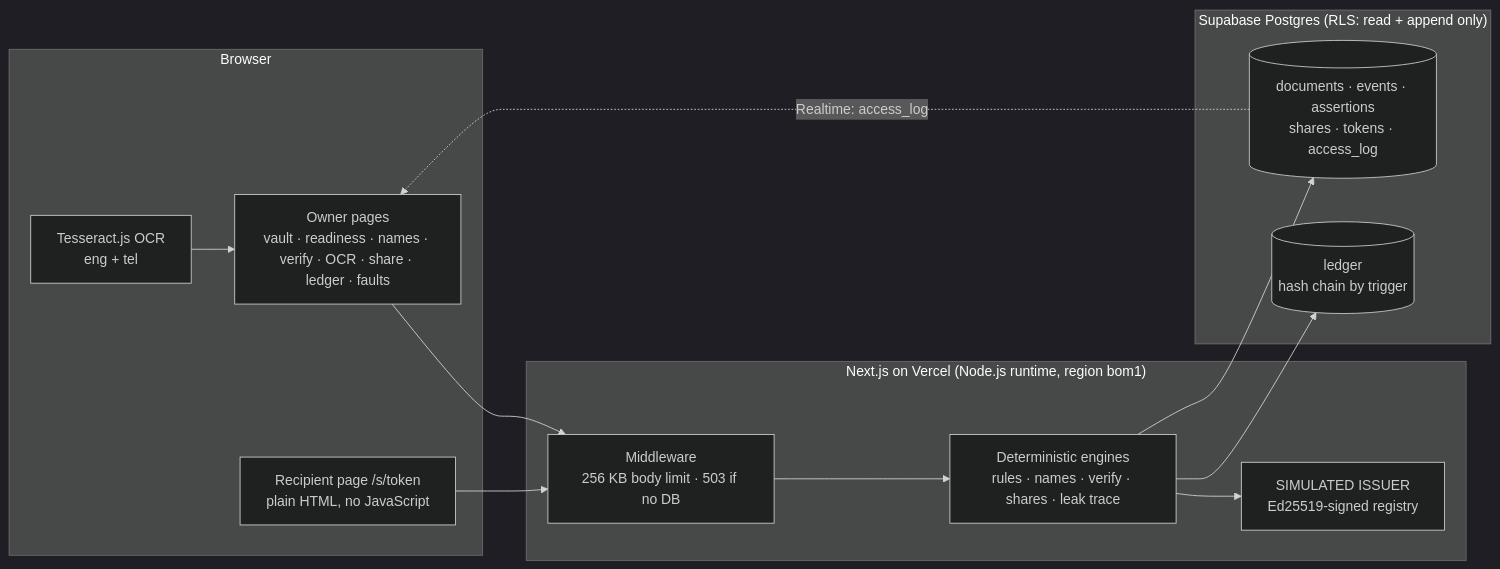
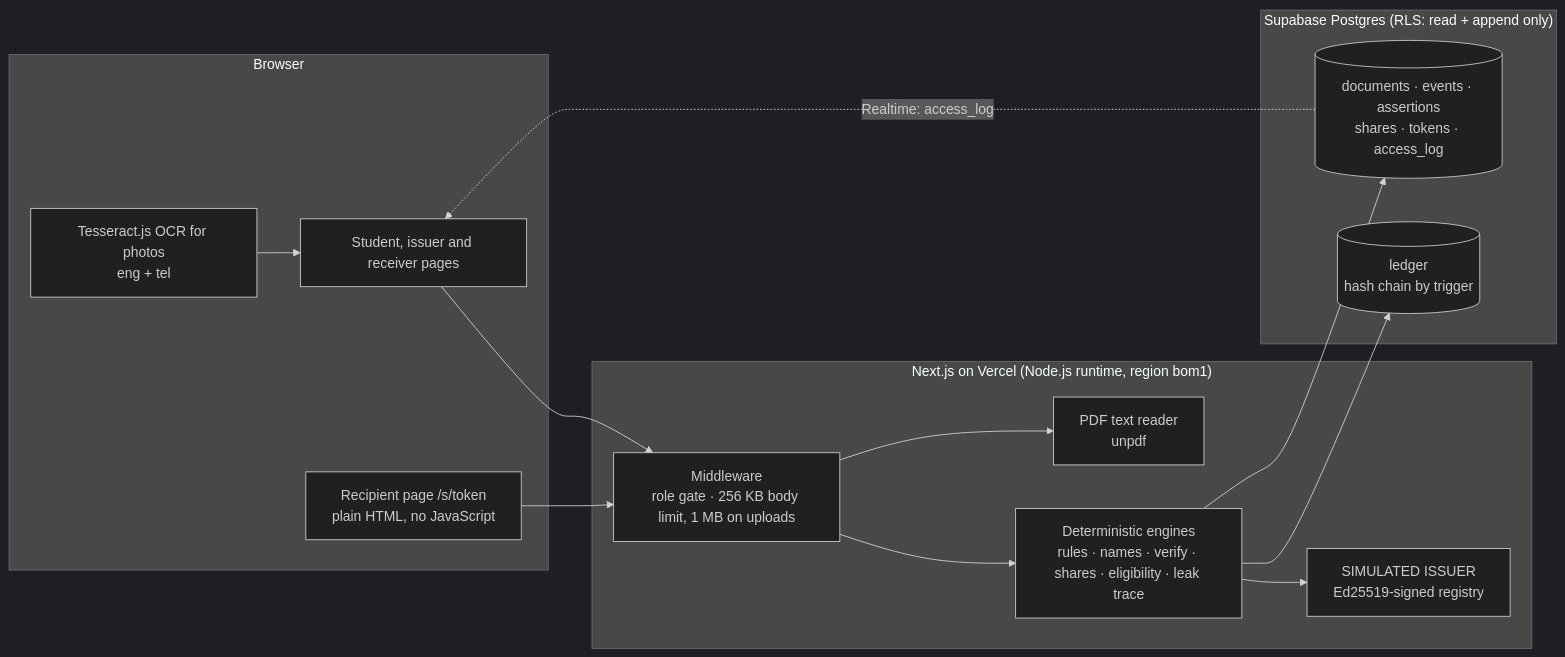
The third of 3 diagrams in README.md (Mukesh-240/univault), drawn with Mermaid (dark theme) before and after one commit. The commit also changed other lines of this file, not shown here.

Commit message:
docs: README brought up to date (demo cast, empty start, real uploads, phase 11 screens, current test numbers and limits)

````diff
--- a/README.md
+++ b/README.md
@@ -150,25 +178,27 @@
 ```mermaid
 flowchart LR
   subgraph Browser
-    O[Owner pages<br/>vault · readiness · names · verify · OCR · share · ledger · faults]
+    O[Student, issuer and receiver pages]
     R[Recipient page /s/token<br/>plain HTML, no JavaScript]
-    T[Tesseract.js OCR<br/>eng + tel]
+    T[Tesseract.js OCR for photos<br/>eng + tel]
   end
   subgraph Server["Next.js on Vercel (Node.js runtime, region bom1)"]
-    M[Middleware<br/>256 KB body limit · 503 if no DB]
-    E[Deterministic engines<br/>rules · names · verify · shares · leak trace]
+    M[Middleware<br/>role gate · 256 KB body limit, 1 MB on uploads]
+    P[PDF text reader<br/>unpdf]
+    E[Deterministic engines<br/>rules · names · verify · shares · eligibility · leak trace]
     I[SIMULATED ISSUER<br/>Ed25519-signed registry]
   end
   subgraph DB["Supabase Postgres (RLS: read + append only)"]
     A[(documents · events · assertions<br/>shares · tokens · access_log)]
     L[(ledger<br/>hash chain by trigger)]
   end
   O --> M
   R --> M
+  M --> P
   M --> E
   T --> O
   E --> I
   E --> A
   E --> L
   A -. Realtime: access_log .-> O
 ```
````
